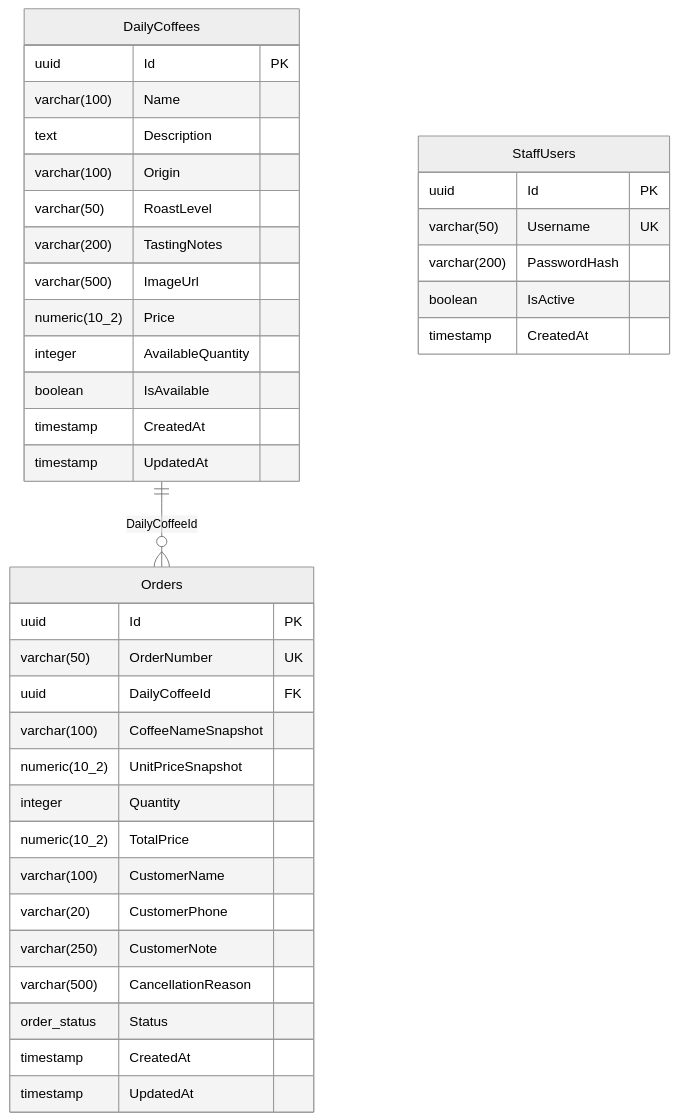
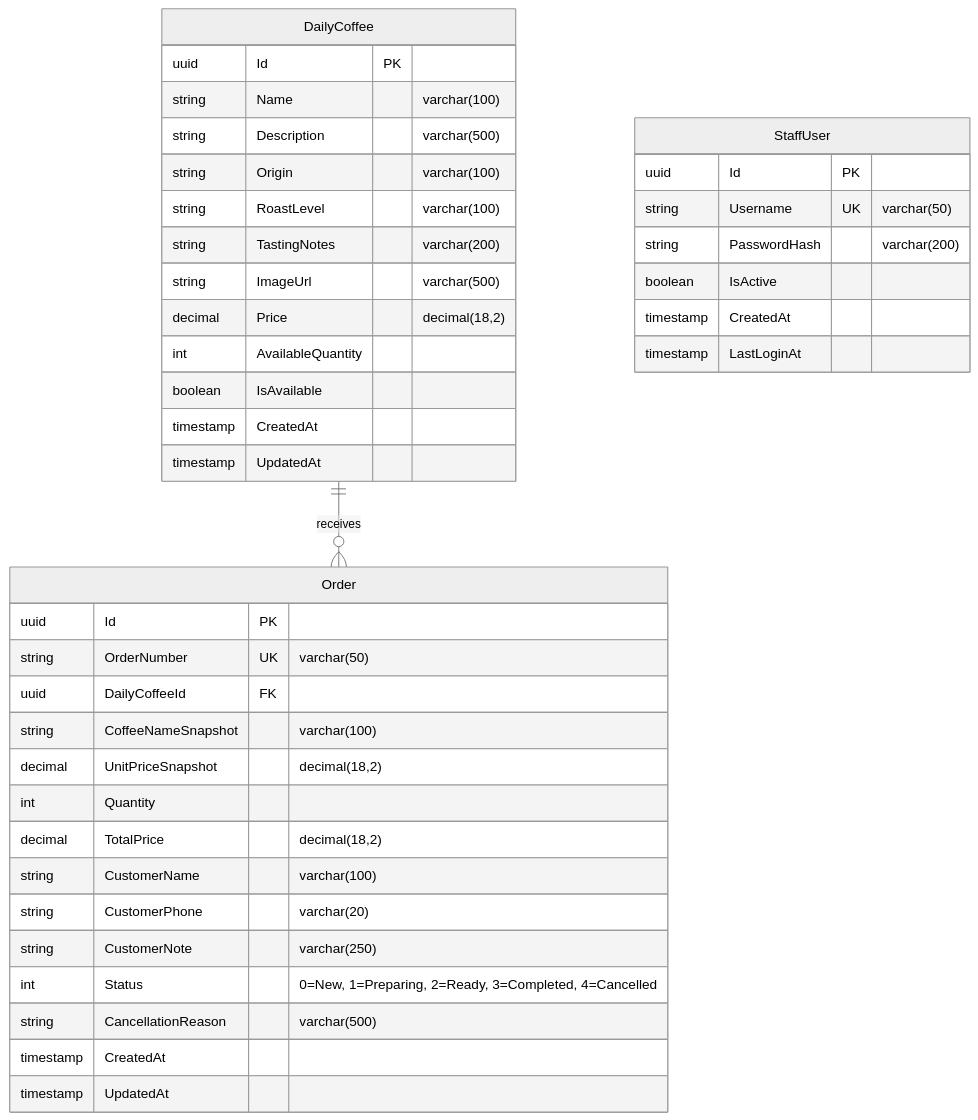
The second of 2 diagrams in README.md (mrasgk/S-07), drawn with Mermaid (neutral theme) before and after one commit. The commit also changed other lines of this file, not shown here.

````diff
--- a/README.md
+++ b/README.md
@@ -127,44 +246,45 @@
 ```mermaid
 erDiagram
-    DailyCoffees ||--o{ Orders : "DailyCoffeeId"
+    DailyCoffee ||--o{ Order : "receives"
     
-    DailyCoffees {
+    DailyCoffee {
         uuid Id PK
-        varchar(100) Name
-        text Description
-        varchar(100) Origin
-        varchar(50) RoastLevel
-        varchar(200) TastingNotes
-        varchar(500) ImageUrl
-        numeric(10_2) Price
-        integer AvailableQuantity
+        string Name "varchar(100)"
+        string Description "varchar(500)"
+        string Origin "varchar(100)"
+        string RoastLevel "varchar(100)"
+        string TastingNotes "varchar(200)"
+        string ImageUrl "varchar(500)"
+        decimal Price "decimal(18,2)"
+        int AvailableQuantity
         boolean IsAvailable
         timestamp CreatedAt
         timestamp UpdatedAt
     }
 
-    Orders {
+    Order {
         uuid Id PK
-        varchar(50) OrderNumber UK
+        string OrderNumber UK "varchar(50)"
         uuid DailyCoffeeId FK
-        varchar(100) CoffeeNameSnapshot
-        numeric(10_2) UnitPriceSnapshot
-        integer Quantity
-        numeric(10_2) TotalPrice
-        varchar(100) CustomerName
-        varchar(20) CustomerPhone
-        varchar(250) CustomerNote
-        varchar(500) CancellationReason
-        order_status Status
+        string CoffeeNameSnapshot "varchar(100)"
+        decimal UnitPriceSnapshot "decimal(18,2)"
+        int Quantity
+        decimal TotalPrice "decimal(18,2)"
+        string CustomerName "varchar(100)"
+        string CustomerPhone "varchar(20)"
+        string CustomerNote "varchar(250)"
+        int Status "0=New, 1=Preparing, 2=Ready, 3=Completed, 4=Cancelled"
+        string CancellationReason "varchar(500)"
         timestamp CreatedAt
         timestamp UpdatedAt
     }
 
-    StaffUsers {
+    StaffUser {
         uuid Id PK
-        varchar(50) Username UK
-        varchar(200) PasswordHash
+        string Username UK "varchar(50)"
+        string PasswordHash "varchar(200)"
         boolean IsActive
         timestamp CreatedAt
+        timestamp LastLoginAt
     }
 ```
````
